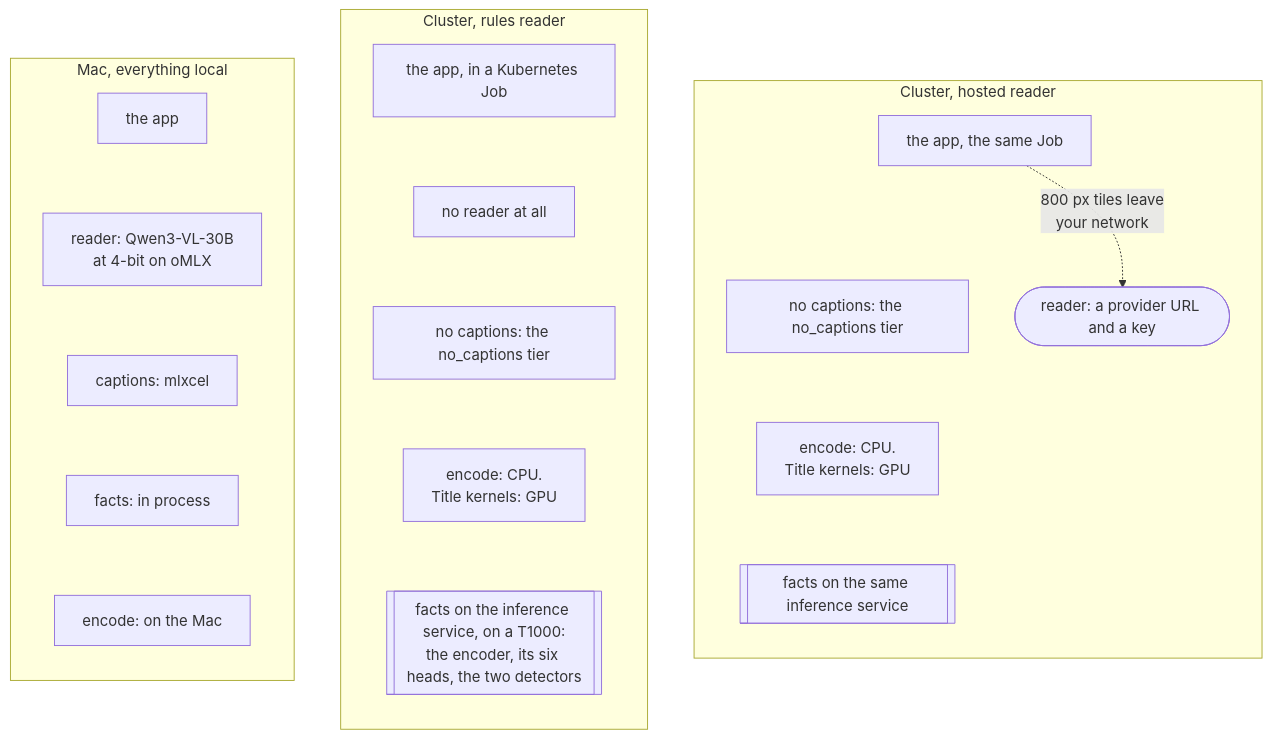
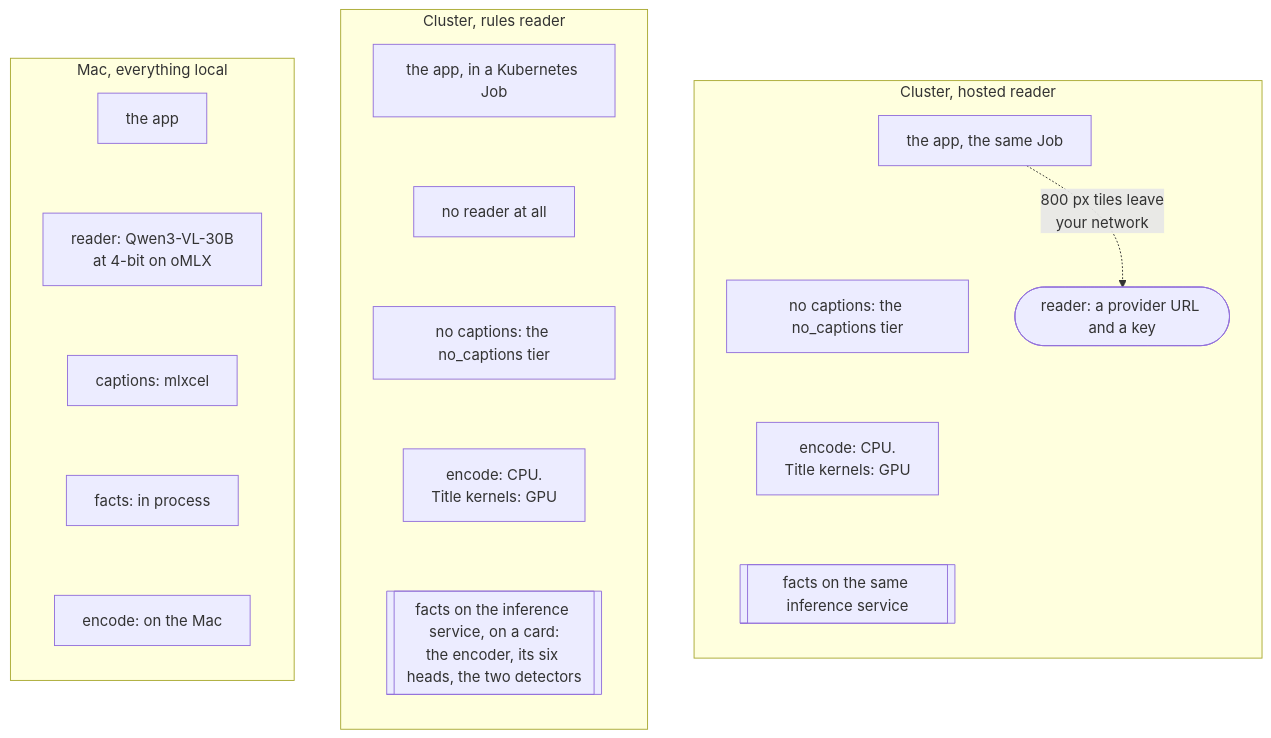
Before and after one commit to chenzeyan54-commits/immich-video-memory-generator: the diagram in docs-site/docs/deploy/running-modes.md, drawn with Mermaid. The commit also changed other lines of this file and 7 other files, not shown here.

````diff
--- a/docs-site/docs/deploy/running-modes.md
+++ b/docs-site/docs/deploy/running-modes.md
@@ -319,25 +395,25 @@
 ```mermaid
 flowchart LR
     subgraph mac["Mac, everything local"]
         direction TB
         m1["the app"] ~~~ m2["reader: Qwen3-VL-30B<br/>at 4-bit on oMLX"] ~~~ m3["captions: mlxcel"]
         m3 ~~~ m4["facts: in process"] ~~~ m5["encode: on the Mac"]
     end
 
     subgraph rules["Cluster, rules reader"]
         direction TB
         r1["the app, in a Kubernetes Job"] ~~~ r2["no reader at all"]
         r2 ~~~ r3["no captions: the no_captions tier"] ~~~ r4["encode: CPU.<br/>Title kernels: GPU"]
-        r4 ~~~ r5[["facts on the inference service, on a T1000:<br/>the encoder, its six heads, the two detectors"]]
+        r4 ~~~ r5[["facts on the inference service, on a card:<br/>the encoder, its six heads, the two detectors"]]
     end
 
     subgraph hosted["Cluster, hosted reader"]
         direction TB
         h1["the app, the same Job"] ~~~ h2["no captions: the no_captions tier"]
         h2 ~~~ h3["encode: CPU.<br/>Title kernels: GPU"]
         h3 ~~~ h4[["facts on the same inference service"]]
         h1 -.->|"800 px tiles leave<br/>your network"| h5(["reader: a provider URL and a key"])
     end
 
     mac ~~~ rules ~~~ hosted
 ```
````
